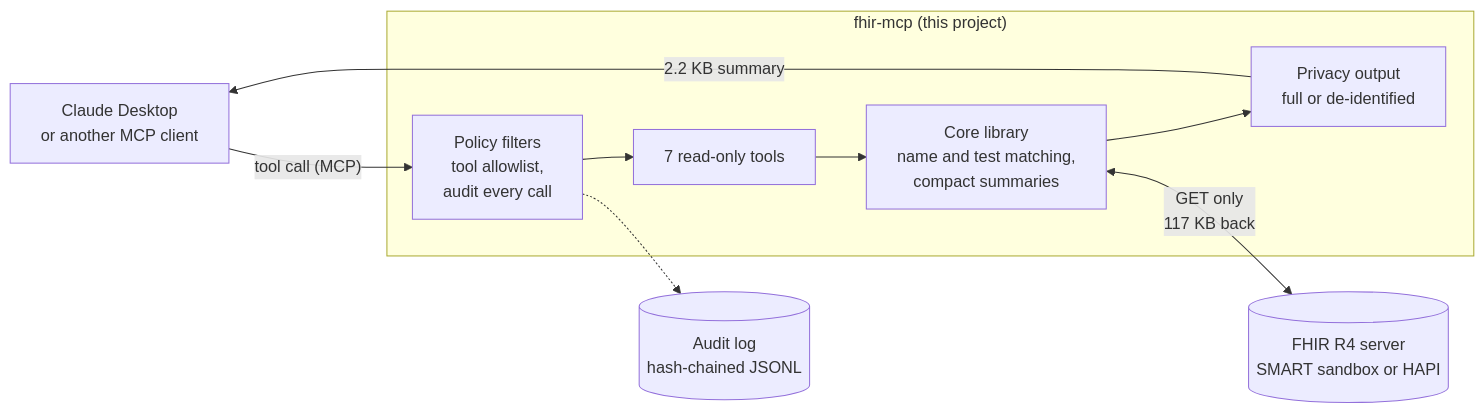
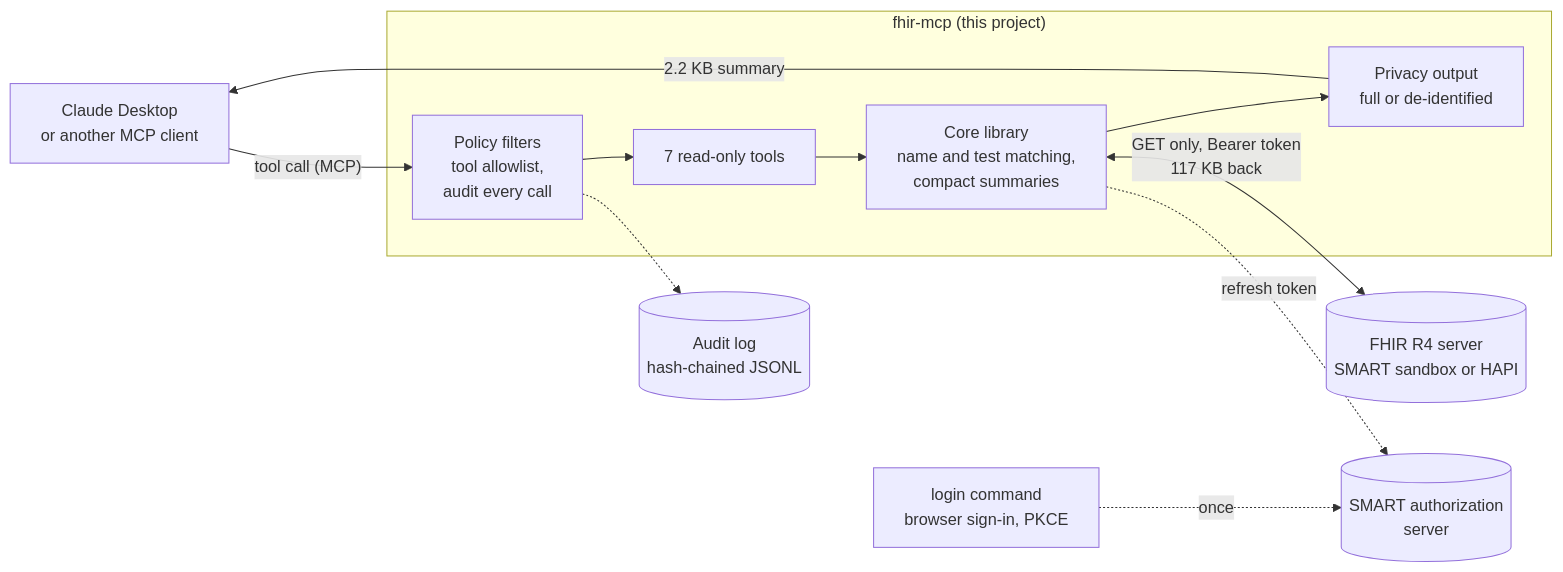
Before and after one commit to marcsalot/fhir-mcp: the diagram in README.md, drawn with Mermaid. The commit also changed other lines of this file and 18 other files, not shown here.

First line of the commit message:
Add SMART on FHIR sign-in

````diff
--- a/README.md
+++ b/README.md
@@ -30,21 +30,25 @@
 ```mermaid
 flowchart LR
     client["Claude Desktop<br/>or another MCP client"]
     fhir[("FHIR R4 server<br/>SMART sandbox or HAPI")]
     audit[("Audit log<br/>hash-chained JSONL")]
+    authz[("SMART authorization<br/>server")]
+    login["login command<br/>browser sign-in, PKCE"]
 
     subgraph server["fhir-mcp (this project)"]
         policy["Policy filters<br/>tool allowlist,<br/>audit every call"]
         tools["7 read-only tools"]
         core["Core library<br/>name and test matching,<br/>compact summaries"]
         privacy["Privacy output<br/>full or de-identified"]
     end
 
     client -- "tool call (MCP)" --> policy
     policy --> tools
     tools --> core
-    core <-- "GET only<br/>117 KB back" --> fhir
+    core <-- "GET only, Bearer token<br/>117 KB back" --> fhir
     core --> privacy
     privacy -- "2.2 KB summary" --> client
     policy -.-> audit
+    login -. "once" .-> authz
+    core -. "refresh token" .-> authz
 ```
````
